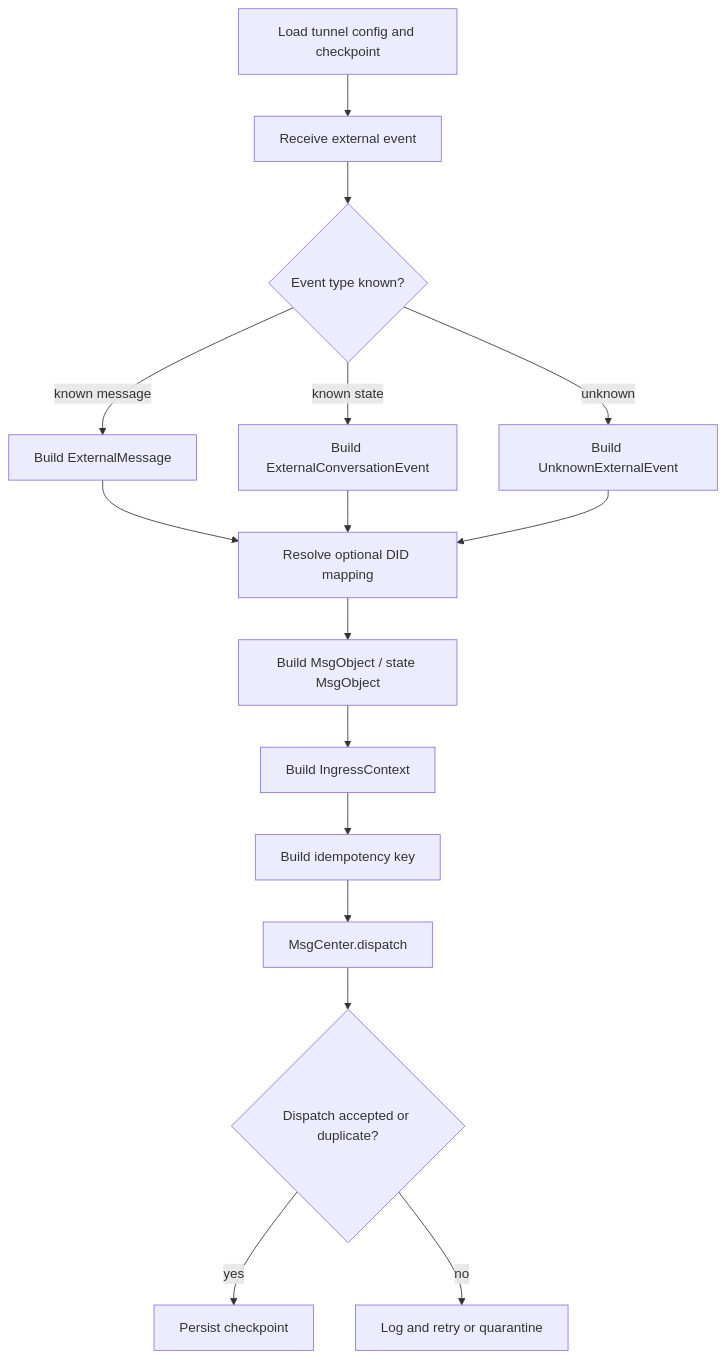
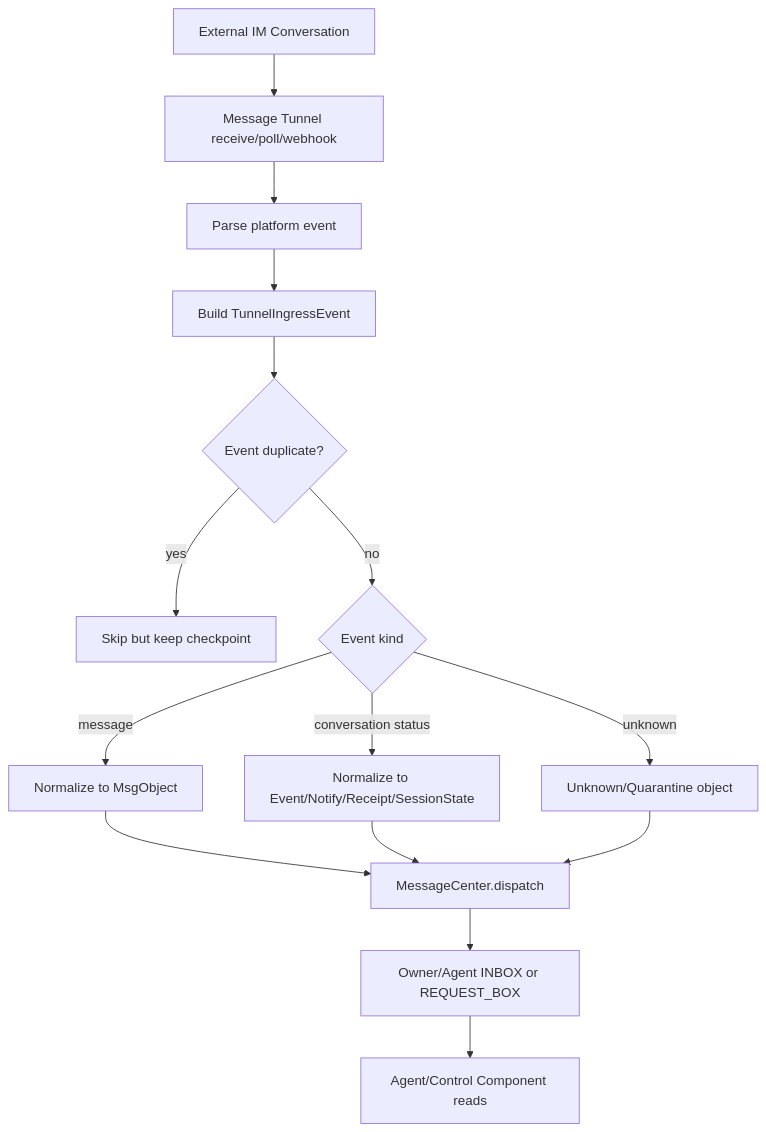
The first of 2 diagrams in doc/message_hub/Message Tunnel Design.md (wugren/buckyos), drawn with Mermaid before and after one commit. The commit also changed other lines of this file and 1 other file, not shown here.

Commit message:
docs: define message tunnel design

````diff
--- a/doc/message_hub/Message Tunnel Design.md
+++ b/doc/message_hub/Message Tunnel Design.md
@@ -511,18 +81,17 @@
 ```mermaid
 flowchart TD
-    A[Load tunnel config and checkpoint] --> B[Receive external event]
-    B --> C{Event type known?}
-    C -- known message --> D[Build ExternalMessage]
-    C -- known state --> E[Build ExternalConversationEvent]
-    C -- unknown --> F[Build UnknownExternalEvent]
-    D --> G[Resolve optional DID mapping]
-    E --> G
-    F --> G
-    G --> H[Build MsgObject / state MsgObject]
-    H --> I[Build IngressContext]
-    I --> J[Build idempotency key]
-    J --> K[MsgCenter.dispatch]
-    K --> L{Dispatch accepted or duplicate?}
-    L -- yes --> M[Persist checkpoint]
-    L -- no --> N[Log and retry or quarantine]
+    A[External IM Conversation] --> B[Message Tunnel receive/poll/webhook]
+    B --> C[Parse platform event]
+    C --> D[Build TunnelIngressEvent]
+    D --> E{Event duplicate?}
+    E -- yes --> F[Skip but keep checkpoint]
+    E -- no --> G{Event kind}
+    G -- message --> H[Normalize to MsgObject]
+    G -- conversation status --> I[Normalize to Event/Notify/Receipt/SessionState]
+    G -- unknown --> J[Unknown/Quarantine object]
+    H --> K[MessageCenter.dispatch]
+    I --> K
+    J --> K
+    K --> L[Owner/Agent INBOX or REQUEST_BOX]
+    L --> M[Agent/Control Component reads]
 ```
````
